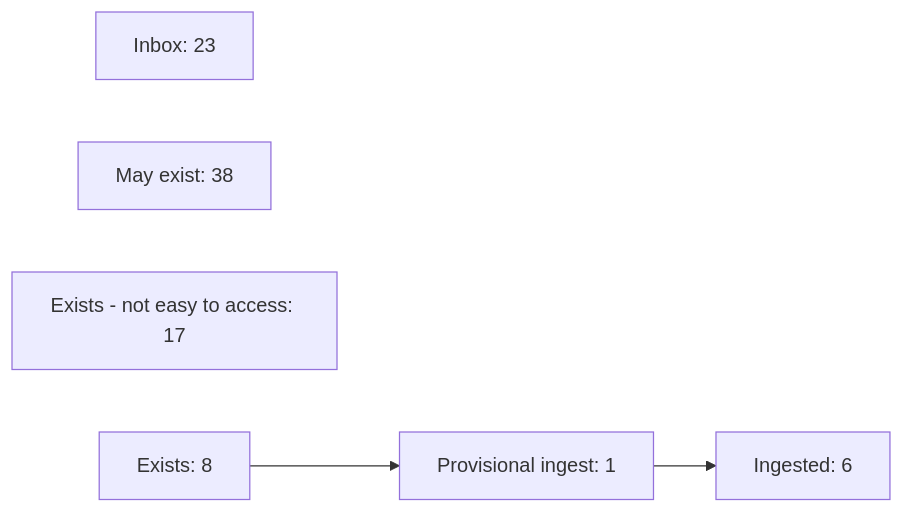
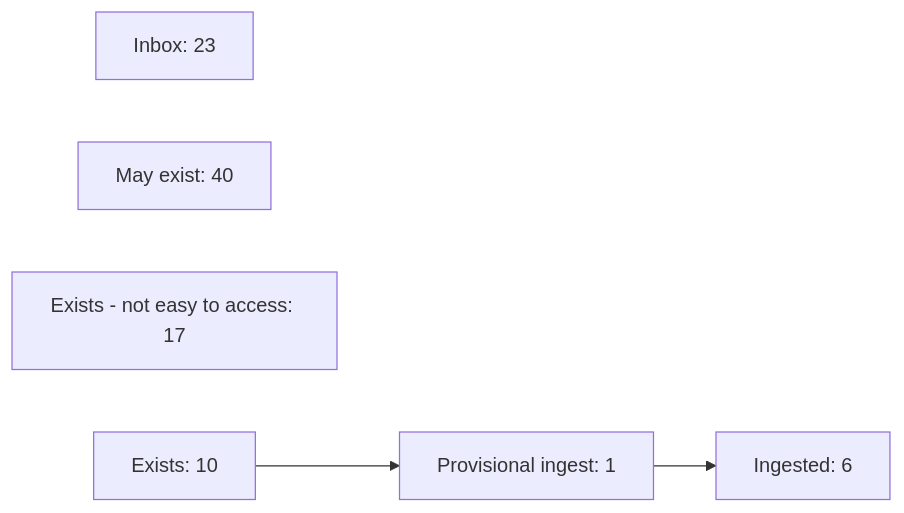
The diagram in README.md (OpenPKCommons/OPKC), drawn with Mermaid before and after one commit. The commit also changed 2 other files, not shown here.

Commit message:
added 2 dengue DE papers, updated stats and tags

````diff
--- a/README.md
+++ b/README.md
@@ -52,10 +52,10 @@
 ```mermaid
 graph LR
 	inbox[Inbox: 23]
-	mayexist[May exist: 38]
+	mayexist[May exist: 40]
 	denea[Exists - not easy to access: 17]
-	exists[Exists: 8]
+	exists[Exists: 10]
 	provingest[Provisional ingest: 1]
 	ingested[Ingested: 6]
 	exists --> provingest --> ingested
 ```
````
